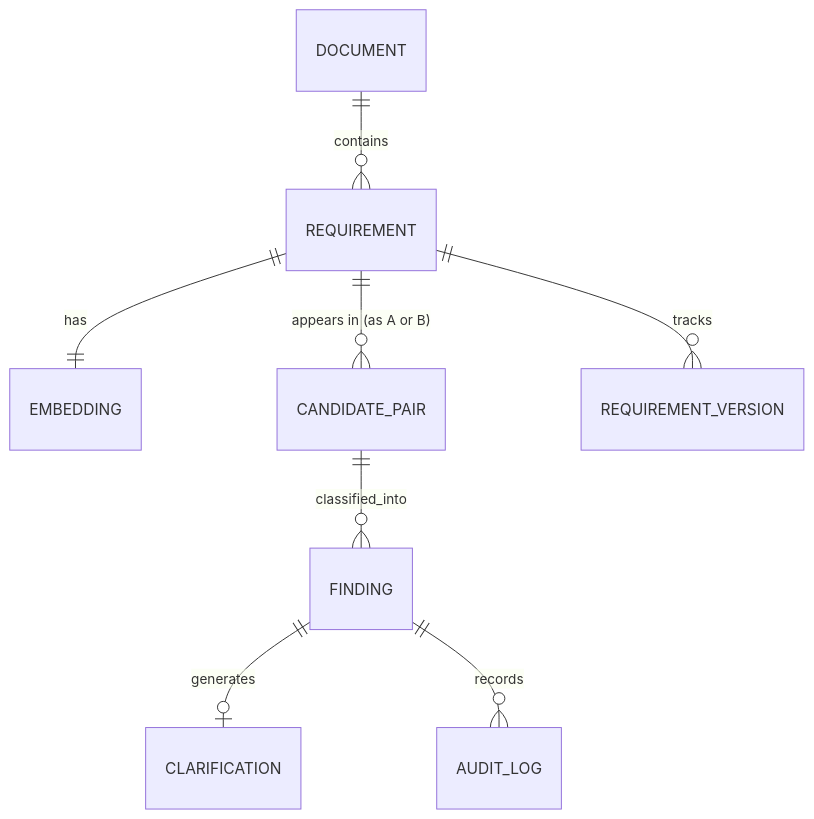
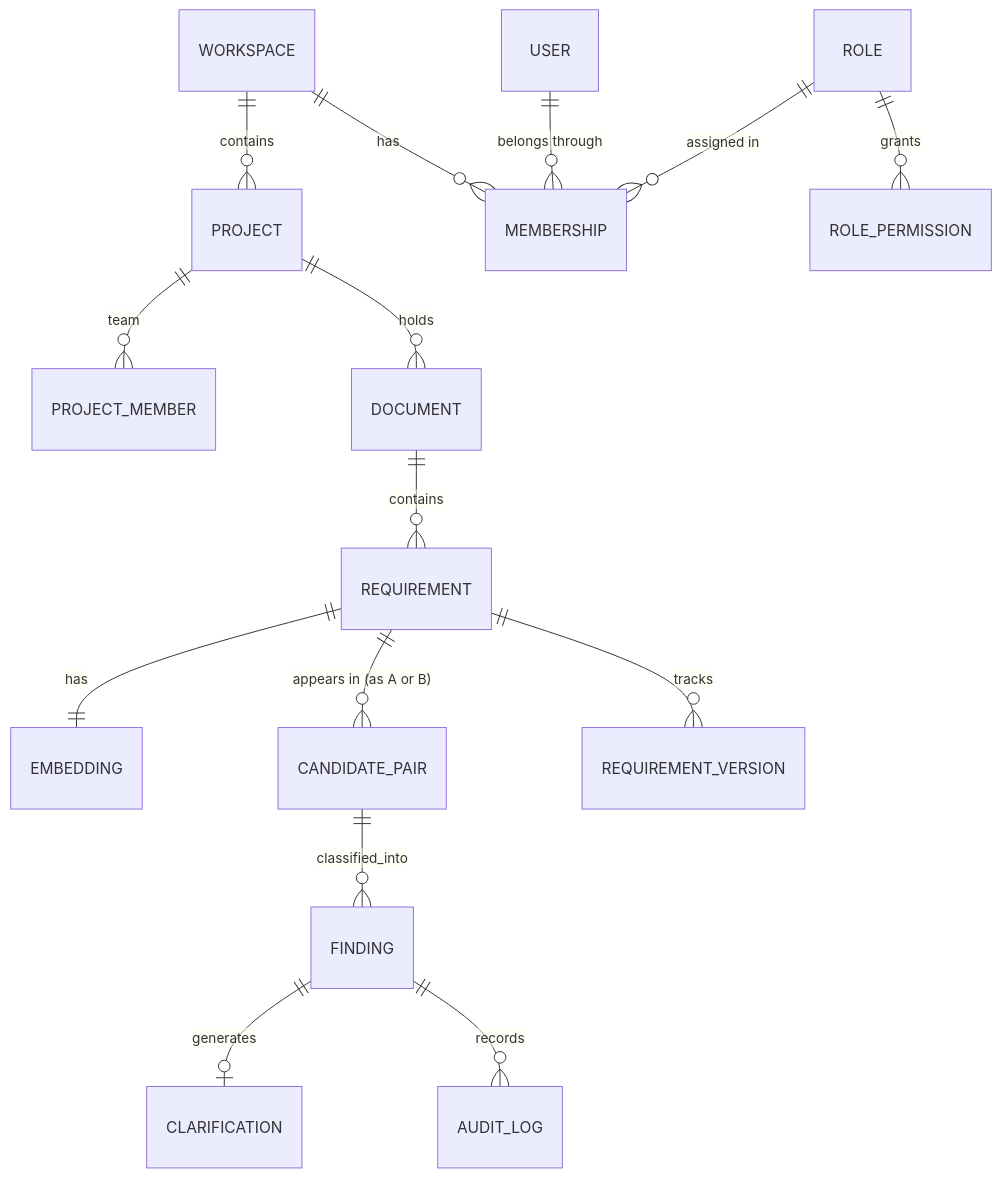
One commit to ParthAgrawal-07/AI-Requirements-Conflict-Dectector changed the diagram in docs/engineering/data-model.md. Above: the diagram before and after it, drawn with Mermaid. The commit also changed other lines of this file and 10 other files, not shown here.

````diff
--- a/docs/engineering/data-model.md
+++ b/docs/engineering/data-model.md
@@ -14,10 +14,17 @@
 ```mermaid
 erDiagram
+  WORKSPACE ||--o{ PROJECT : contains
+  WORKSPACE ||--o{ MEMBERSHIP : has
+  USER ||--o{ MEMBERSHIP : "belongs through"
+  ROLE ||--o{ MEMBERSHIP : "assigned in"
+  ROLE ||--o{ ROLE_PERMISSION : grants
+  PROJECT ||--o{ PROJECT_MEMBER : team
+  PROJECT ||--o{ DOCUMENT : holds
   DOCUMENT ||--o{ REQUIREMENT : contains
   REQUIREMENT ||--|| EMBEDDING : has
   REQUIREMENT ||--o{ CANDIDATE_PAIR : "appears in (as A or B)"
   CANDIDATE_PAIR ||--o{ FINDING : classified_into
   FINDING ||--o| CLARIFICATION : generates
   FINDING ||--o{ AUDIT_LOG : records
   REQUIREMENT ||--o{ REQUIREMENT_VERSION : tracks
 ```
````
